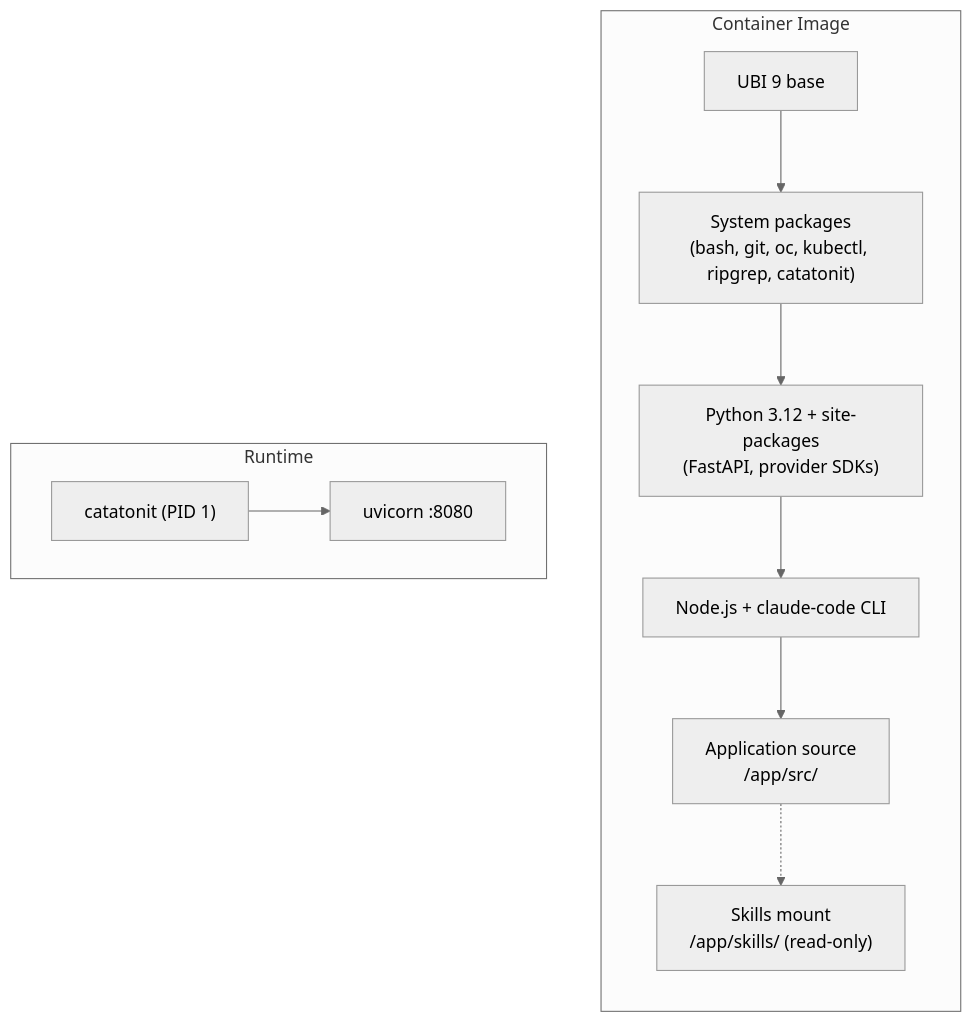
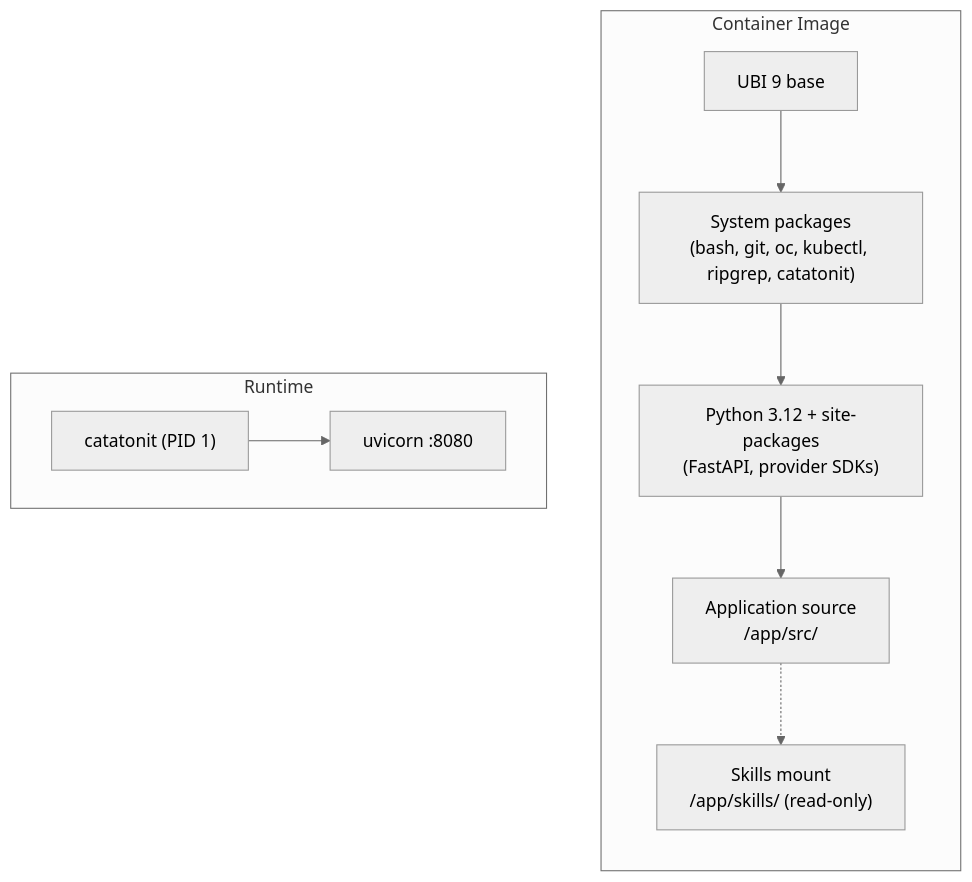
The fourth of 4 diagrams in ARCHITECTURE.md (raptorsun/lightspeed-agentic-sandbox), drawn with Mermaid (neutral theme) before and after one commit. The commit also changed other lines of this file and 25 other files, not shown here.

````diff
--- a/ARCHITECTURE.md
+++ b/ARCHITECTURE.md
@@ -111,22 +111,21 @@
 ```mermaid
 graph TD
     subgraph "Container Image"
         direction TB
         Base["UBI 9 base"]
         Sys["System packages<br/>(bash, git, oc, kubectl, ripgrep, catatonit)"]
         Py["Python 3.12 + site-packages<br/>(FastAPI, provider SDKs)"]
-        Node["Node.js + claude-code CLI"]
         AppSrc["Application source<br/>/app/src/"]
         SkillMount["Skills mount<br/>/app/skills/ (read-only)"]
     end
 
-    Base --> Sys --> Py --> Node --> AppSrc
+    Base --> Sys --> Py --> AppSrc
     AppSrc -.-> SkillMount
 
     subgraph "Runtime"
         Catatonit["catatonit (PID 1)"]
         Uvicorn["uvicorn :8080"]
     end
 
     Catatonit --> Uvicorn
 ```
````
